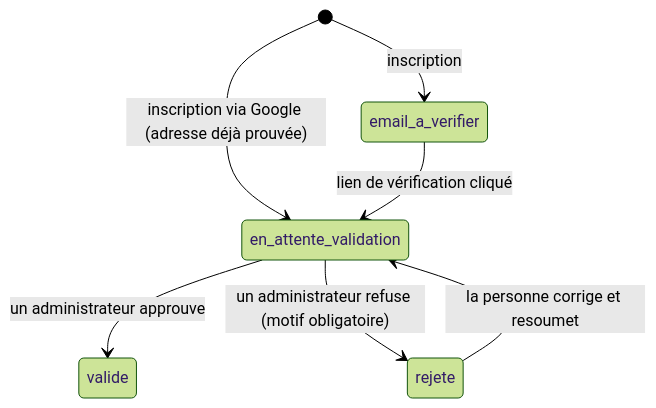
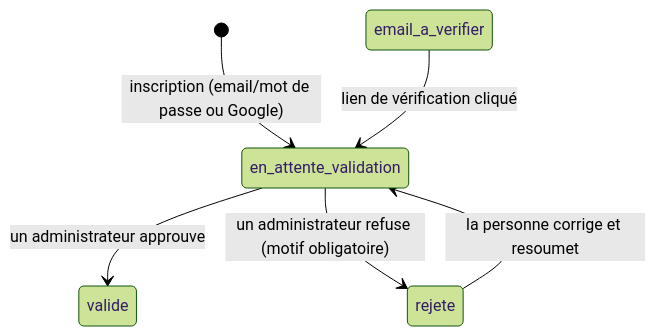
One commit to Compagnie-Prestige-Immobilier/cpi-grand-public-backend changed the first of 5 diagrams in docs/statuts.md. Above: the diagram before and after it, drawn with Mermaid (forest theme). The commit also changed other lines of this file and 4 other files, not shown here.

````diff
--- a/docs/statuts.md
+++ b/docs/statuts.md
@@ -19,9 +19,8 @@
 ```mermaid
 stateDiagram-v2
-    [*] --> email_a_verifier : inscription
-    [*] --> en_attente_validation : inscription via Google (adresse déjà prouvée)
+    [*] --> en_attente_validation : inscription (email/mot de passe ou Google)
     email_a_verifier --> en_attente_validation : lien de vérification cliqué
     en_attente_validation --> valide : un administrateur approuve
     en_attente_validation --> rejete : un administrateur refuse (motif obligatoire)
     rejete --> en_attente_validation : la personne corrige et resoumet
 ```
````
